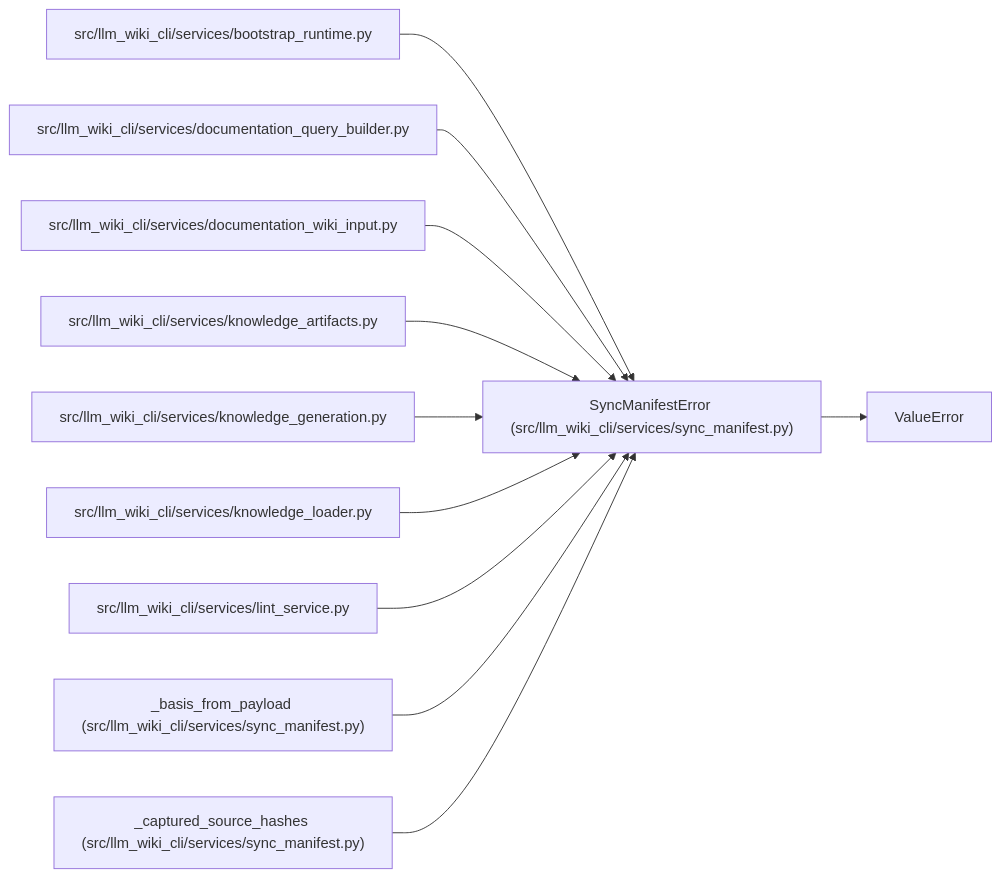
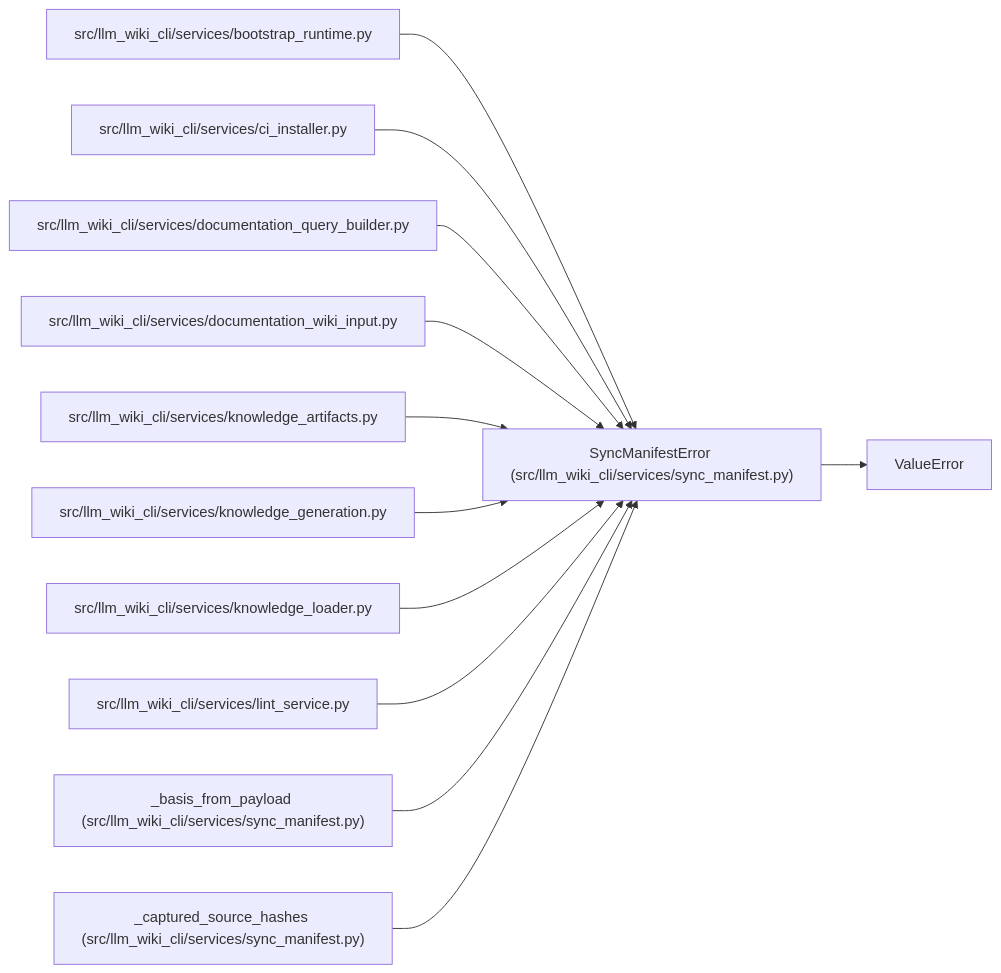
The diagram in docs/llm_wiki/entities/SyncManifestError.md (Denissvgn/python-wiki-llm), drawn with Mermaid before and after one commit. The commit also changed other lines of this file and 48 other files, not shown here.

````diff
--- a/docs/llm_wiki/entities/SyncManifestError.md
+++ b/docs/llm_wiki/entities/SyncManifestError.md
@@ -25,34 +25,37 @@
 ```mermaid
 flowchart LR
     n0["SyncManifestError (src/llm_wiki_cli/services/sync_manifest.py)"]
     n1["ValueError"]
     n2["src/llm_wiki_cli/services/bootstrap_runtime.py"]
-    n3["src/llm_wiki_cli/services/documentation_query_builder.py"]
-    n4["src/llm_wiki_cli/services/documentation_wiki_input.py"]
-    n5["src/llm_wiki_cli/services/knowledge_artifacts.py"]
-    n6["src/llm_wiki_cli/services/knowledge_generation.py"]
-    n7["src/llm_wiki_cli/services/knowledge_loader.py"]
-    n8["src/llm_wiki_cli/services/lint_service.py"]
-    n9["_basis_from_payload (src/llm_wiki_cli/services/sync_manifest.py)"]
-    n10["_captured_source_hashes (src/llm_wiki_cli/services/sync_manifest.py)"]
+    n3["src/llm_wiki_cli/services/ci_installer.py"]
+    n4["src/llm_wiki_cli/services/documentation_query_builder.py"]
+    n5["src/llm_wiki_cli/services/documentation_wiki_input.py"]
+    n6["src/llm_wiki_cli/services/knowledge_artifacts.py"]
+    n7["src/llm_wiki_cli/services/knowledge_generation.py"]
+    n8["src/llm_wiki_cli/services/knowledge_loader.py"]
+    n9["src/llm_wiki_cli/services/lint_service.py"]
+    n10["_basis_from_payload (src/llm_wiki_cli/services/sync_manifest.py)"]
+    n11["_captured_source_hashes (src/llm_wiki_cli/services/sync_manifest.py)"]
     n0 --> n1
     n2 --> n0
     n3 --> n0
     n4 --> n0
     n5 --> n0
     n6 --> n0
     n7 --> n0
     n8 --> n0
     n9 --> n0
     n10 --> n0
+    n11 --> n0
     click n0 "../modules/sync_manifest.md"
     click n2 "../modules/bootstrap_runtime.md"
-    click n3 "../modules/documentation_query_builder.md"
-    click n4 "../modules/documentation_wiki_input.md"
-    click n5 "../modules/knowledge_artifacts.md"
-    click n6 "../modules/knowledge_generation.md"
-    click n7 "../modules/knowledge_loader.md"
-    click n8 "../modules/lint_service.md"
-    click n9 "../modules/sync_manifest.md"
+    click n3 "../modules/ci_installer.md"
+    click n4 "../modules/documentation_query_builder.md"
+    click n5 "../modules/documentation_wiki_input.md"
+    click n6 "../modules/knowledge_artifacts.md"
+    click n7 "../modules/knowledge_generation.md"
+    click n8 "../modules/knowledge_loader.md"
+    click n9 "../modules/lint_service.md"
     click n10 "../modules/sync_manifest.md"
+    click n11 "../modules/sync_manifest.md"
 ```
````
